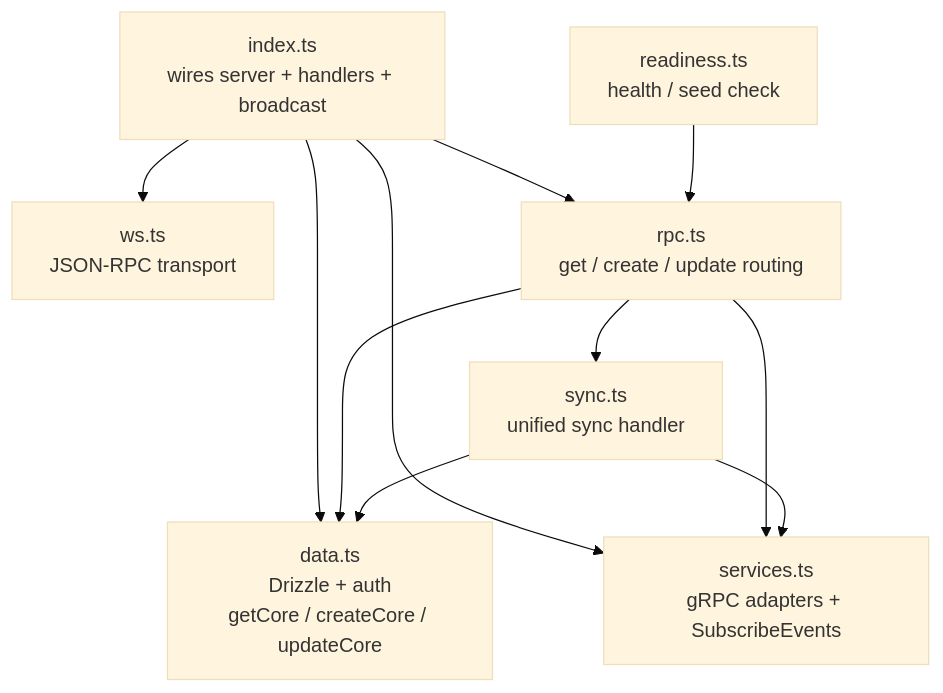
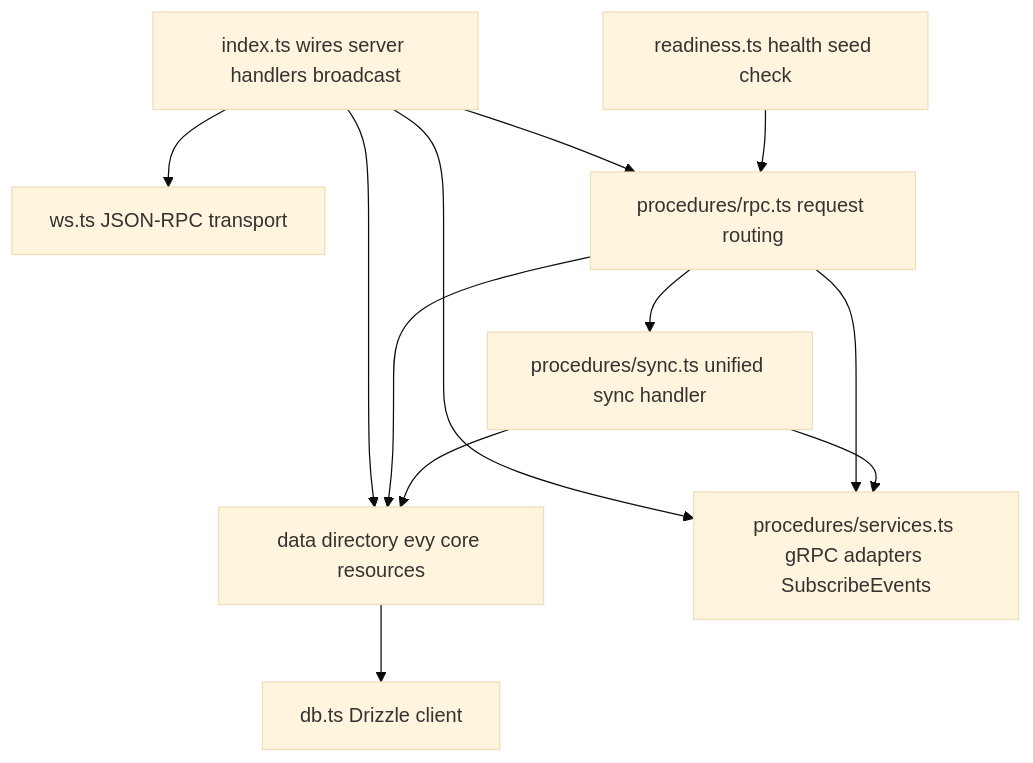
Before and after one commit to EVY-Platform/evy: the third of 3 diagrams in api/README.md, drawn with Mermaid (base theme). The commit also changed other lines of this file and 28 other files, not shown here.

````diff
--- a/api/README.md
+++ b/api/README.md
@@ -94,21 +94,23 @@
 ```mermaid
 flowchart TD
-    index[index.ts<br/>wires server + handlers + broadcast]
-    ws[ws.ts<br/>JSON-RPC transport]
-    rpc[rpc.ts<br/>get / create / update routing]
-    data[data.ts<br/>Drizzle + auth<br/>getCore / createCore / updateCore]
-    services[services.ts<br/>gRPC adapters + SubscribeEvents]
-    sync[sync.ts<br/>unified sync handler]
-    readiness[readiness.ts<br/>health / seed check]
+    index[index.ts wires server handlers broadcast]
+    ws[ws.ts JSON-RPC transport]
+    rpc[procedures/rpc.ts request routing]
+    data[data directory evy core resources]
+    db[db.ts Drizzle client]
+    services[procedures/services.ts gRPC adapters SubscribeEvents]
+    sync[procedures/sync.ts unified sync handler]
+    readiness[readiness.ts health seed check]
 
     index --> ws
     index --> rpc
     index --> data
     index --> services
     rpc --> data
     rpc --> services
     rpc --> sync
+    data --> db
     sync --> data
     sync --> services
     readiness --> rpc
 ```
````
